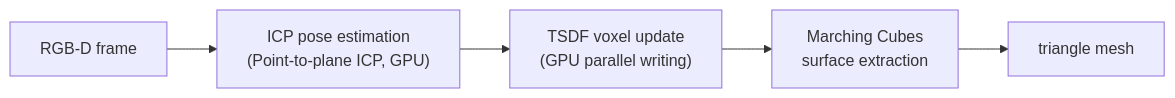
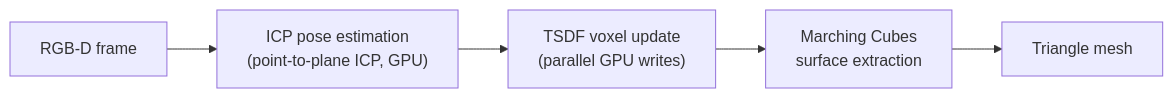
Before and after one commit to TingdeLiu/tingdeliu.github.io: the tenth of 18 diagrams in _translations/en/research/Robot-Navigation-Survey.md, drawn with Mermaid. The commit also changed other lines of this file and 51 other files, not shown here.

````diff
--- a/_translations/en/research/Robot-Navigation-Survey.md
+++ b/_translations/en/research/Robot-Navigation-Survey.md
@@ -949,7 +949,7 @@
 ```mermaid
 flowchart LR
-    RGBD["RGB-D frame"] --> ICP["ICP pose estimation\n(Point-to-plane ICP, GPU)"]
-    ICP --> TSDF_UPD["TSDF voxel update\n(GPU parallel writing)"]
+    RGBD["RGB-D frame"] --> ICP["ICP pose estimation\n(point-to-plane ICP, GPU)"]
+    ICP --> TSDF_UPD["TSDF voxel update\n(parallel GPU writes)"]
     TSDF_UPD --> MC["Marching Cubes\nsurface extraction"]
-    MC --> MESH["triangle mesh"]
+    MC --> MESH["Triangle mesh"]
 ```
````
